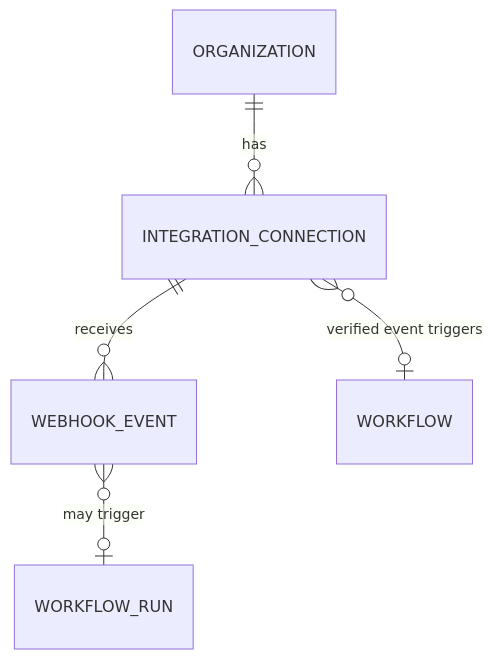
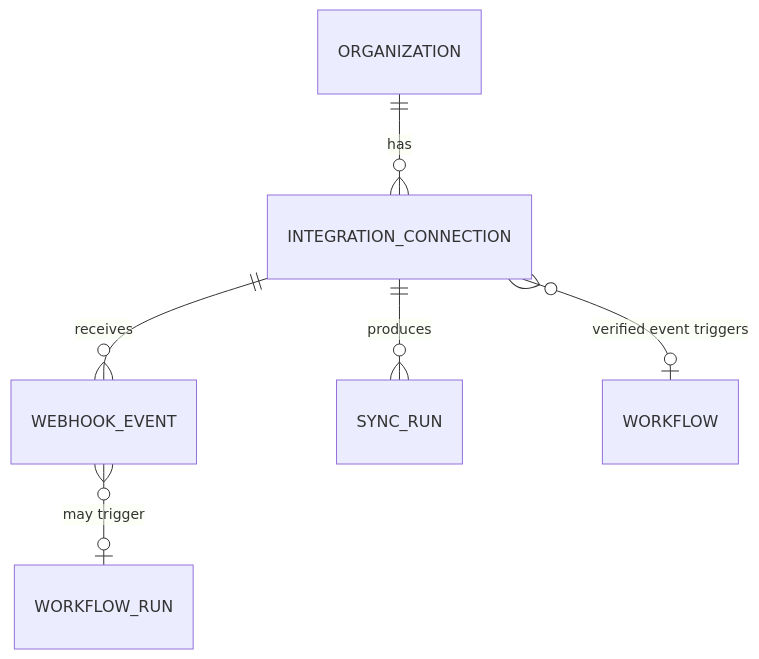
One commit to rabbit285/agora-os changed the seventh of 7 diagrams in docs/DOMAIN_MODEL.md. Above: the diagram before and after it, drawn with Mermaid. The commit also changed other lines of this file and 27 other files, not shown here.

````diff
--- a/docs/DOMAIN_MODEL.md
+++ b/docs/DOMAIN_MODEL.md
@@ -335,7 +335,8 @@
 ```mermaid
 erDiagram
   ORGANIZATION ||--o{ INTEGRATION_CONNECTION : has
   INTEGRATION_CONNECTION ||--o{ WEBHOOK_EVENT : receives
+  INTEGRATION_CONNECTION ||--o{ SYNC_RUN : produces
   INTEGRATION_CONNECTION }o--o| WORKFLOW : "verified event triggers"
   WEBHOOK_EVENT }o--o| WORKFLOW_RUN : "may trigger"
 ```
````
